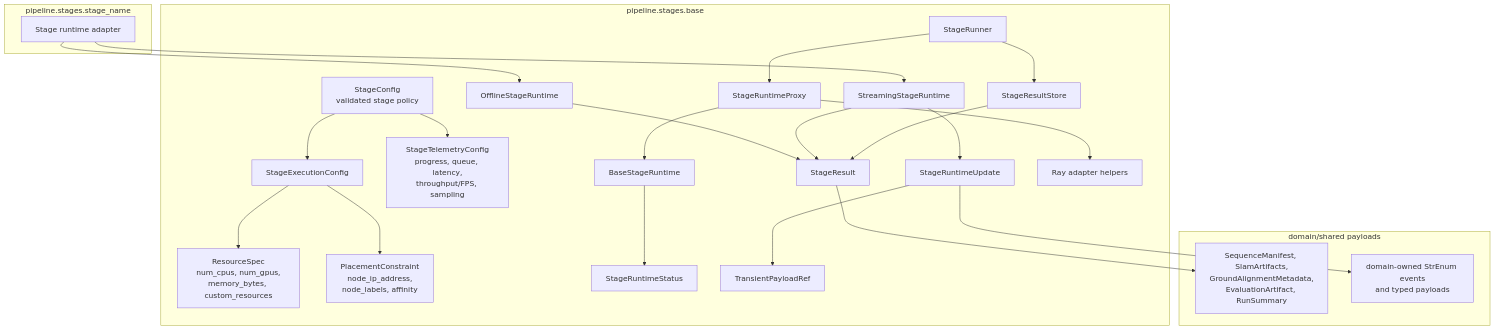
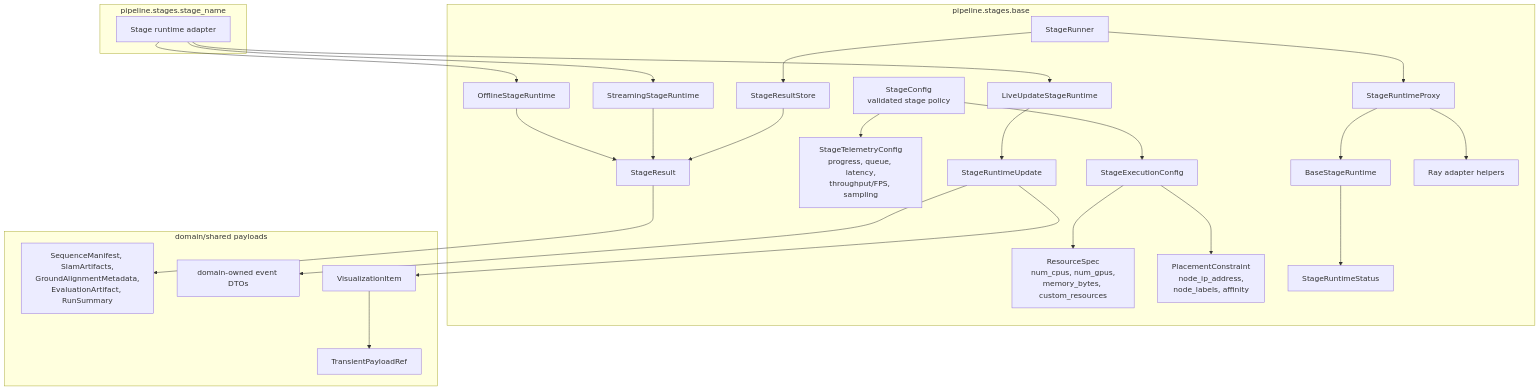
Before and after one commit to JanDuchscherer104/prml-vslam: the second of 17 diagrams in docs/architecture/pipeline-stage-refactor-target.md, drawn with Mermaid. The commit also changed other lines of this file and 6 other files, not shown here.

````diff
--- a/docs/architecture/pipeline-stage-refactor-target.md
+++ b/docs/architecture/pipeline-stage-refactor-target.md
@@ -204,49 +207,53 @@
 ```mermaid
 flowchart TB
     subgraph Base["pipeline.stages.base"]
         StageConfig["StageConfig<br/>validated stage policy"]
         ExecutionConfig["StageExecutionConfig"]
         Resources["ResourceSpec<br/>num_cpus, num_gpus,<br/>memory_bytes, custom_resources"]
         Placement["PlacementConstraint<br/>node_ip_address,<br/>node_labels, affinity"]
         Telemetry["StageTelemetryConfig<br/>progress, queue, latency,<br/>throughput/FPS, sampling"]
         RuntimeStatus["StageRuntimeStatus"]
         StageResult["StageResult"]
         StageUpdate["StageRuntimeUpdate"]
-        PayloadRef["TransientPayloadRef"]
         BaseProtocol["BaseStageRuntime"]
         OfflineProtocol["OfflineStageRuntime"]
+        UpdateProtocol["LiveUpdateStageRuntime"]
         StreamingProtocol["StreamingStageRuntime"]
         ResultStore["StageResultStore"]
         Runner["StageRunner"]
         RuntimeProxy["StageRuntimeProxy"]
         RayHelpers["Ray adapter helpers"]
     end
 
     subgraph StageImpl["pipeline.stages.stage_name"]
         StageRuntime["Stage runtime adapter"]
     end
 
     subgraph DomainPayloads["domain/shared payloads"]
         Payloads["SequenceManifest, SlamArtifacts,<br/>GroundAlignmentMetadata,<br/>EvaluationArtifact, RunSummary"]
-        DomainEvents["domain-owned StrEnum events<br/>and typed payloads"]
+        DomainEvents["domain-owned event DTOs"]
+        VisualizationItem["VisualizationItem"]
+        PayloadRef["TransientPayloadRef"]
     end
 
     StageConfig --> ExecutionConfig
     ExecutionConfig --> Resources
     ExecutionConfig --> Placement
     StageConfig --> Telemetry
     BaseProtocol --> RuntimeStatus
     OfflineProtocol --> StageResult
-    StreamingProtocol --> StageUpdate
+    UpdateProtocol --> StageUpdate
     StreamingProtocol --> StageResult
-    StageUpdate --> PayloadRef
     StageUpdate --> DomainEvents
+    StageUpdate --> VisualizationItem
+    VisualizationItem --> PayloadRef
     StageResult --> Payloads
     ResultStore --> StageResult
     Runner --> ResultStore
     Runner --> RuntimeProxy
     RuntimeProxy --> BaseProtocol
     RuntimeProxy --> RayHelpers
     StageRuntime --> OfflineProtocol
+    StageRuntime --> UpdateProtocol
     StageRuntime --> StreamingProtocol
 ```
````
